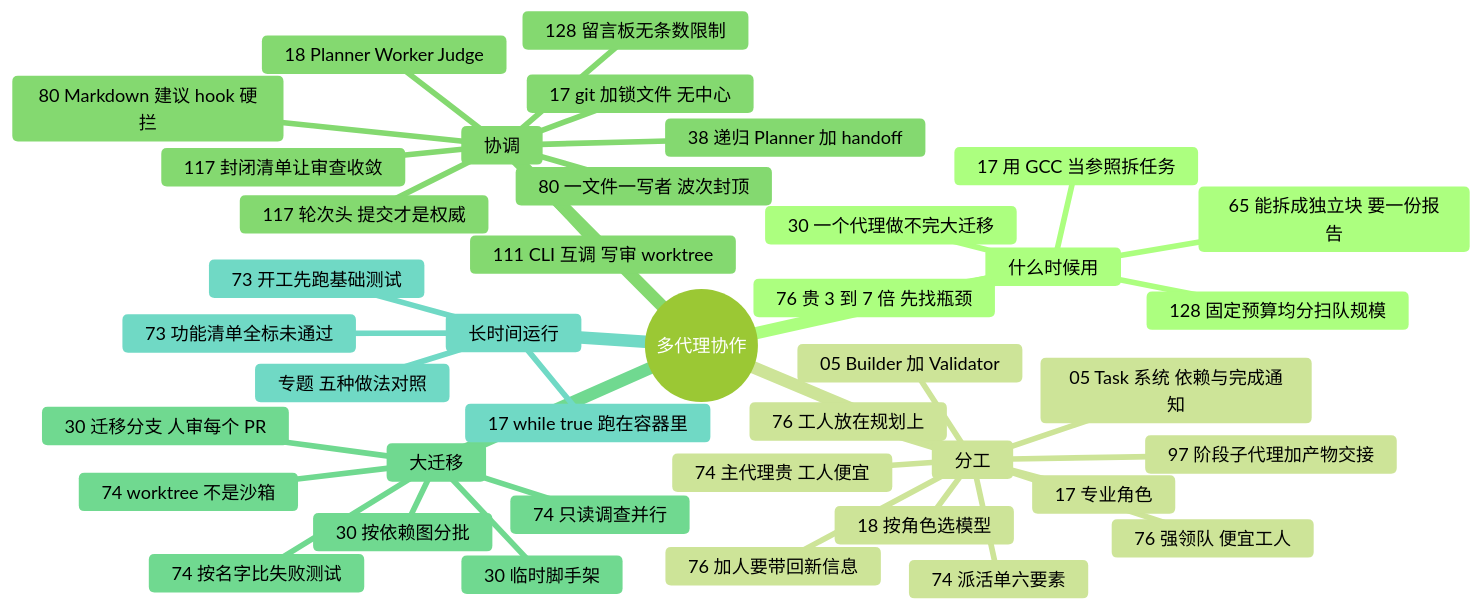
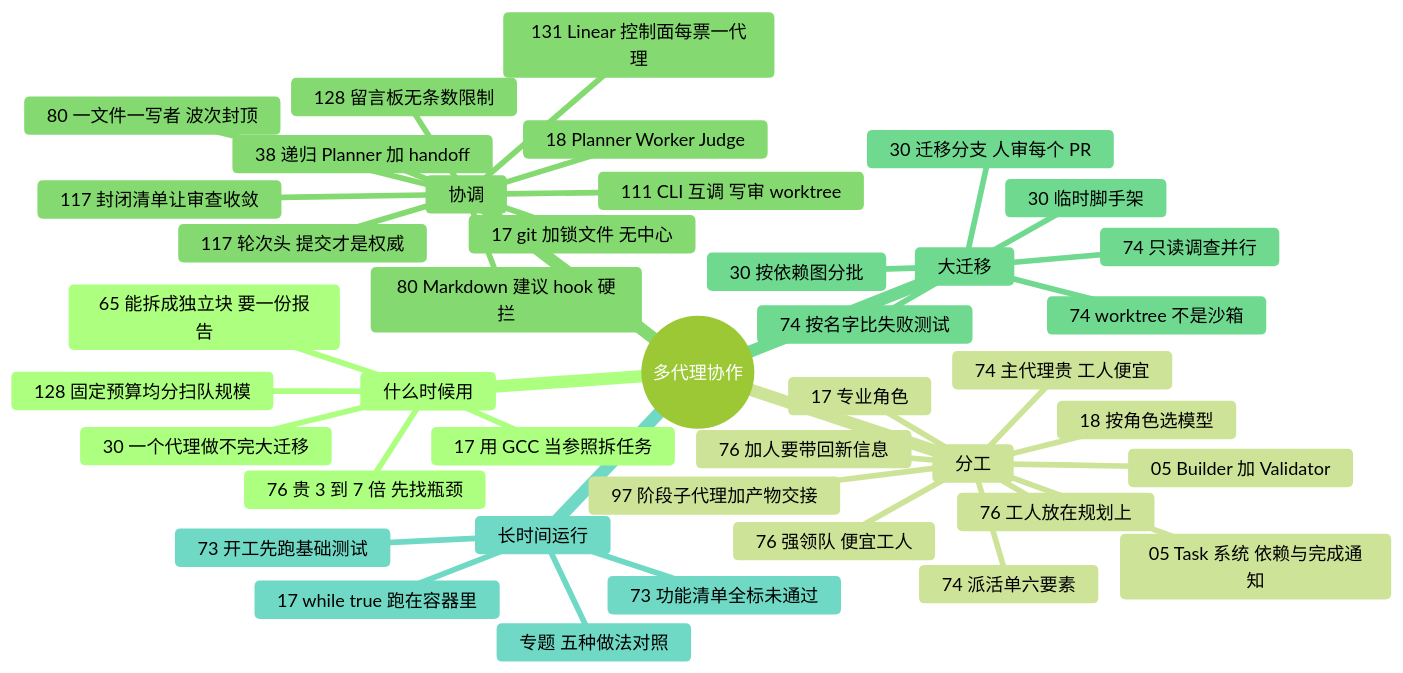
Before and after one commit to yzw7489757/ai-coding-videos: the diagram in docs/guide/multi.md, drawn with Mermaid (forest theme). The commit also changed other lines of this file and 17 other files, not shown here.

````diff
--- a/docs/guide/multi.md
+++ b/docs/guide/multi.md
@@ -15,43 +15,44 @@
 ```mermaid
 mindmap
   root((多代理协作))
     什么时候用
       128 固定预算均分扫队规模
       65 能拆成独立块 要一份报告
       17 用 GCC 当参照拆任务
       30 一个代理做不完大迁移
       76 贵 3 到 7 倍 先找瓶颈
     分工
       97 阶段子代理加产物交接
       05 Builder 加 Validator
       05 Task 系统 依赖与完成通知
       17 专业角色
       18 按角色选模型
       74 主代理贵 工人便宜
       74 派活单六要素
       76 工人放在规划上
       76 强领队 便宜工人
       76 加人要带回新信息
     协调
       128 留言板无条数限制
       17 git 加锁文件 无中心
       18 Planner Worker Judge
       38 递归 Planner 加 handoff
       80 Markdown 建议 hook 硬拦
       80 一文件一写者 波次封顶
       111 CLI 互调 写审 worktree
       117 轮次头 提交才是权威
       117 封闭清单让审查收敛
+      131 Linear 控制面每票一代理
     大迁移
       30 迁移分支 人审每个 PR
       30 按依赖图分批
       30 临时脚手架
       74 按名字比失败测试
       74 只读调查并行
       74 worktree 不是沙箱
     长时间运行
       17 while true 跑在容器里
       73 功能清单全标未通过
       73 开工先跑基础测试
       专题 五种做法对照
 ```
````
